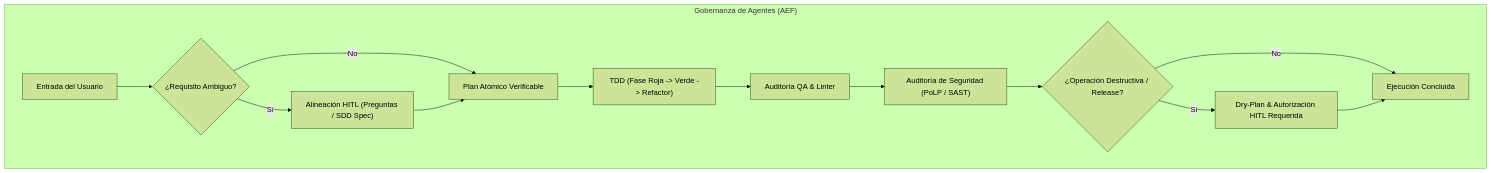
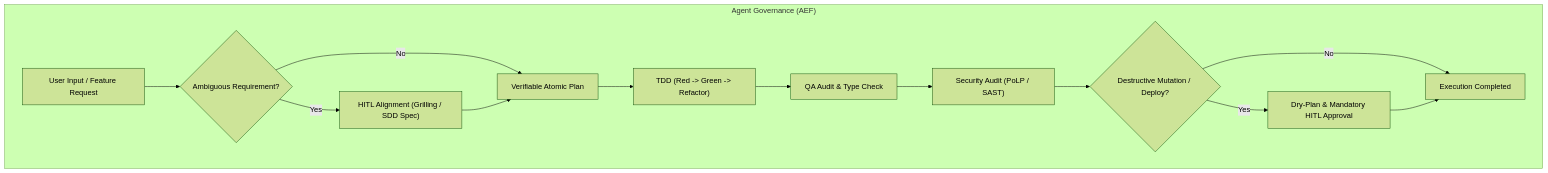
One commit to jmblanco/agentic-engineering-framework changed the diagram in rules/AGENTS.md. Above: the diagram before and after it, drawn with Mermaid (forest theme). The commit also changed other lines of this file and 14 other files, not shown here.

````diff
--- a/rules/AGENTS.md
+++ b/rules/AGENTS.md
@@ -30,16 +30,16 @@
 ```mermaid
 flowchart TD
-    subgraph Governance["Gobernanza de Agentes (AEF)"]
-        A["Entrada del Usuario"] --> B{"¿Requisito Ambiguo?"}
-        B -- Sí --> C["Alineación HITL (Preguntas / SDD Spec)"]
-        B -- No --> D["Plan Atómico Verificable"]
+    subgraph Governance["Agent Governance (AEF)"]
+        A["User Input / Feature Request"] --> B{"Ambiguous Requirement?"}
+        B -- Yes --> C["HITL Alignment (Grilling / SDD Spec)"]
+        B -- No --> D["Verifiable Atomic Plan"]
         C --> D
-        D --> E["TDD (Fase Roja -> Verde -> Refactor)"]
-        E --> F["Auditoría QA & Linter"]
-        F --> G["Auditoría de Seguridad (PoLP / SAST)"]
-        G --> H{"¿Operación Destructiva / Release?"}
-        H -- Sí --> I["Dry-Plan & Autorización HITL Requerida"]
-        H -- No --> J["Ejecución Concluida"]
+        D --> E["TDD (Red -> Green -> Refactor)"]
+        E --> F["QA Audit & Type Check"]
+        F --> G["Security Audit (PoLP / SAST)"]
+        G --> H{"Destructive Mutation / Deploy?"}
+        H -- Yes --> I["Dry-Plan & Mandatory HITL Approval"]
+        H -- No --> J["Execution Completed"]
         I --> J
     end
 ```
````
